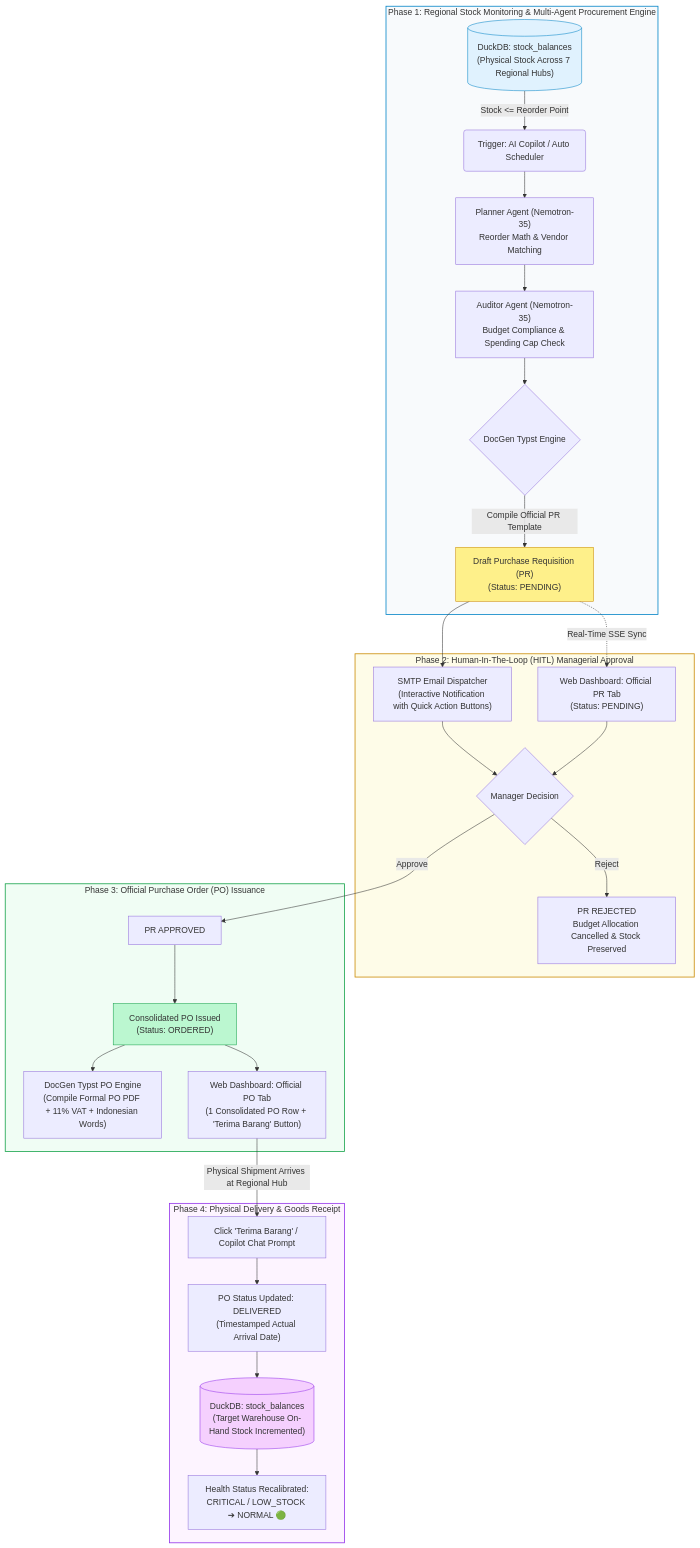
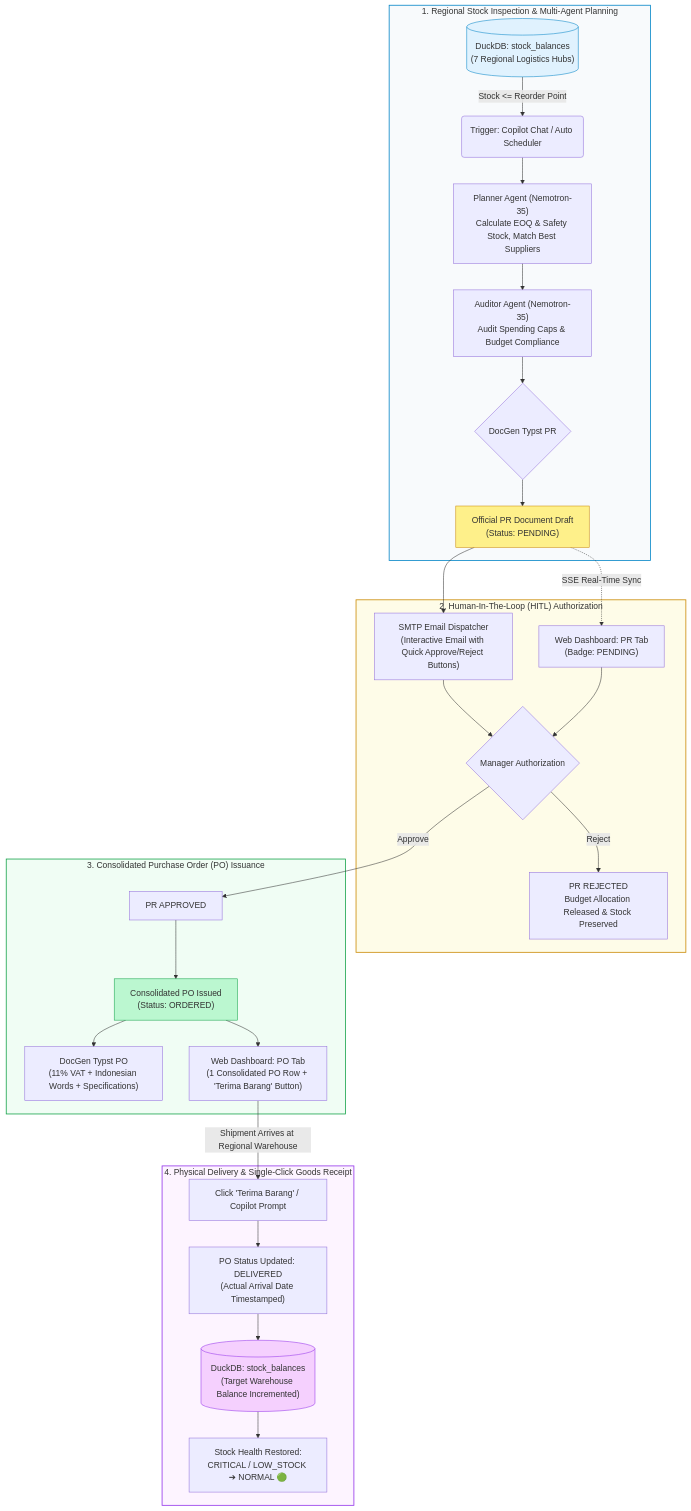
One commit to daffaarigoh/AutoRestock-Agent changed the second of 5 diagrams in README.md. Above: the diagram before and after it, drawn with Mermaid. The commit also changed other lines of this file, not shown here.

Commit message:
docs: enrich README with comprehensive enterprise architecture and domain-specific flowcharts in English

````diff
--- a/README.md
+++ b/README.md
@@ -28,45 +77,44 @@
 ```mermaid
 flowchart TD
-    %% PHASE 1: MONITORING & MULTI-AGENT ORCHESTRATION
-    subgraph Phase1 ["Phase 1: Regional Stock Monitoring & Multi-Agent Procurement Engine"]
-        A[("DuckDB: stock_balances<br/>(Physical Stock Across 7 Regional Hubs)")] -->|Stock <= Reorder Point| B("Trigger: AI Copilot / Auto Scheduler")
-        B --> C["Planner Agent (Nemotron-35)<br/>Reorder Math & Vendor Matching"]
-        C --> D["Auditor Agent (Nemotron-35)<br/>Budget Compliance & Spending Cap Check"]
-        D --> E{"DocGen Typst Engine"}
-        E -->|Compile Official PR Template| F["Draft Purchase Requisition (PR)<br/>(Status: PENDING)"]
+    %% PHASE 1: DETECTION & PLANNING
+    subgraph A_Phase1 ["1. Regional Stock Inspection & Multi-Agent Planning"]
+        A1[("DuckDB: stock_balances<br/>(7 Regional Logistics Hubs)")] -->|Stock <= Reorder Point| A2("Trigger: Copilot Chat / Auto Scheduler")
+        A2 --> A3["Planner Agent (Nemotron-35)<br/>Calculate EOQ & Safety Stock, Match Best Suppliers"]
+        A3 --> A4["Auditor Agent (Nemotron-35)<br/>Audit Spending Caps & Budget Compliance"]
+        A4 --> A5{"DocGen Typst PR"}
+        A5 --> A6["Official PR Document Draft<br/>(Status: PENDING)"]
     end
 
-    %% PHASE 2: HUMAN-IN-THE-LOOP APPROVAL
-    subgraph Phase2 ["Phase 2: Human-In-The-Loop (HITL) Managerial Approval"]
-        F --> G["SMTP Email Dispatcher<br/>(Interactive Notification with Quick Action Buttons)"]
-        F -.->|Real-Time SSE Sync| H["Web Dashboard: Official PR Tab<br/>(Status: PENDING)"]
-        G & H --> I{"Manager Decision"}
-        I -->|Reject| J["PR REJECTED<br/>Budget Allocation Cancelled & Stock Preserved"]
+    %% PHASE 2: MANAGERIAL APPROVAL
+    subgraph A_Phase2 ["2. Human-In-The-Loop (HITL) Authorization"]
+        A6 --> A7["SMTP Email Dispatcher<br/>(Interactive Email with Quick Approve/Reject Buttons)"]
+        A6 -.->|SSE Real-Time Sync| A8["Web Dashboard: PR Tab<br/>(Badge: PENDING)"]
+        A7 & A8 --> A9{"Manager Authorization"}
+        A9 -->|Reject| A10["PR REJECTED<br/>Budget Allocation Released & Stock Preserved"]
     end
 
-    %% PHASE 3: PO ISSUANCE
-    subgraph Phase3 ["Phase 3: Official Purchase Order (PO) Issuance"]
-        I -->|Approve| K["PR APPROVED"]
-        K --> L["Consolidated PO Issued<br/>(Status: ORDERED)"]
-        L --> M["DocGen Typst PO Engine<br/>(Compile Formal PO PDF + 11% VAT + Indonesian Words)"]
-        L --> N["Web Dashboard: Official PO Tab<br/>(1 Consolidated PO Row + 'Terima Barang' Button)"]
+    %% PHASE 3: CONSOLIDATED PO ISSUANCE
+    subgraph A_Phase3 ["3. Consolidated Purchase Order (PO) Issuance"]
+        A9 -->|Approve| A11["PR APPROVED"]
+        A11 --> A12["Consolidated PO Issued<br/>(Status: ORDERED)"]
+        A12 --> A13["DocGen Typst PO<br/>(11% VAT + Indonesian Words + Specifications)"]
+        A12 --> A14["Web Dashboard: PO Tab<br/>(1 Consolidated PO Row + 'Terima Barang' Button)"]
     end
 
-    %% PHASE 4: GOODS RECEIPT & PHYSICAL REPLENISHMENT
-    subgraph Phase4 ["Phase 4: Physical Delivery & Goods Receipt"]
-        N -->|Physical Shipment Arrives at Regional Hub| O["Click 'Terima Barang' / Copilot Chat Prompt"]
-        O --> P["PO Status Updated: DELIVERED<br/>(Timestamped Actual Arrival Date)"]
-        P --> Q[("DuckDB: stock_balances<br/>(Target Warehouse On-Hand Stock Incremented)")]
-        Q --> R["Health Status Recalibrated:<br/>CRITICAL / LOW_STOCK ➔ NORMAL 🟢"]
+    %% PHASE 4: GOODS RECEIPT & STOCK UPDATE
+    subgraph A_Phase4 ["4. Physical Delivery & Single-Click Goods Receipt"]
+        A14 -->|Shipment Arrives at Regional Warehouse| A15["Click 'Terima Barang' / Copilot Prompt"]
+        A15 --> A16["PO Status Updated: DELIVERED<br/>(Actual Arrival Date Timestamped)"]
+        A16 --> A17[("DuckDB: stock_balances<br/>(Target Warehouse Balance Incremented)")]
+        A17 --> A18["Stock Health Restored:<br/>CRITICAL / LOW_STOCK ➔ NORMAL 🟢"]
     end
 
-    %% STYLING
-    style Phase1 fill:#f8fafc,stroke:#0284c7,stroke-width:1.5px
-    style Phase2 fill:#fefce8,stroke:#ca8a04,stroke-width:1.5px
-    style Phase3 fill:#f0fdf4,stroke:#16a34a,stroke-width:1.5px
-    style Phase4 fill:#fdf4ff,stroke:#9333ea,stroke-width:1.5px
-    style A fill:#e0f2fe,stroke:#0284c7
-    style F fill:#fef08a,stroke:#ca8a04
-    style L fill:#bbf7d0,stroke:#16a34a
-    style Q fill:#f5d0fe,stroke:#9333ea
+    style A_Phase1 fill:#f8fafc,stroke:#0284c7,stroke-width:1.5px
+    style A_Phase2 fill:#fefce8,stroke:#ca8a04,stroke-width:1.5px
+    style A_Phase3 fill:#f0fdf4,stroke:#16a34a,stroke-width:1.5px
+    style A_Phase4 fill:#fdf4ff,stroke:#9333ea,stroke-width:1.5px
+    style A1 fill:#e0f2fe,stroke:#0284c7
+    style A6 fill:#fef08a,stroke:#ca8a04
+    style A12 fill:#bbf7d0,stroke:#16a34a
+    style A17 fill:#f5d0fe,stroke:#9333ea
 ```
````
